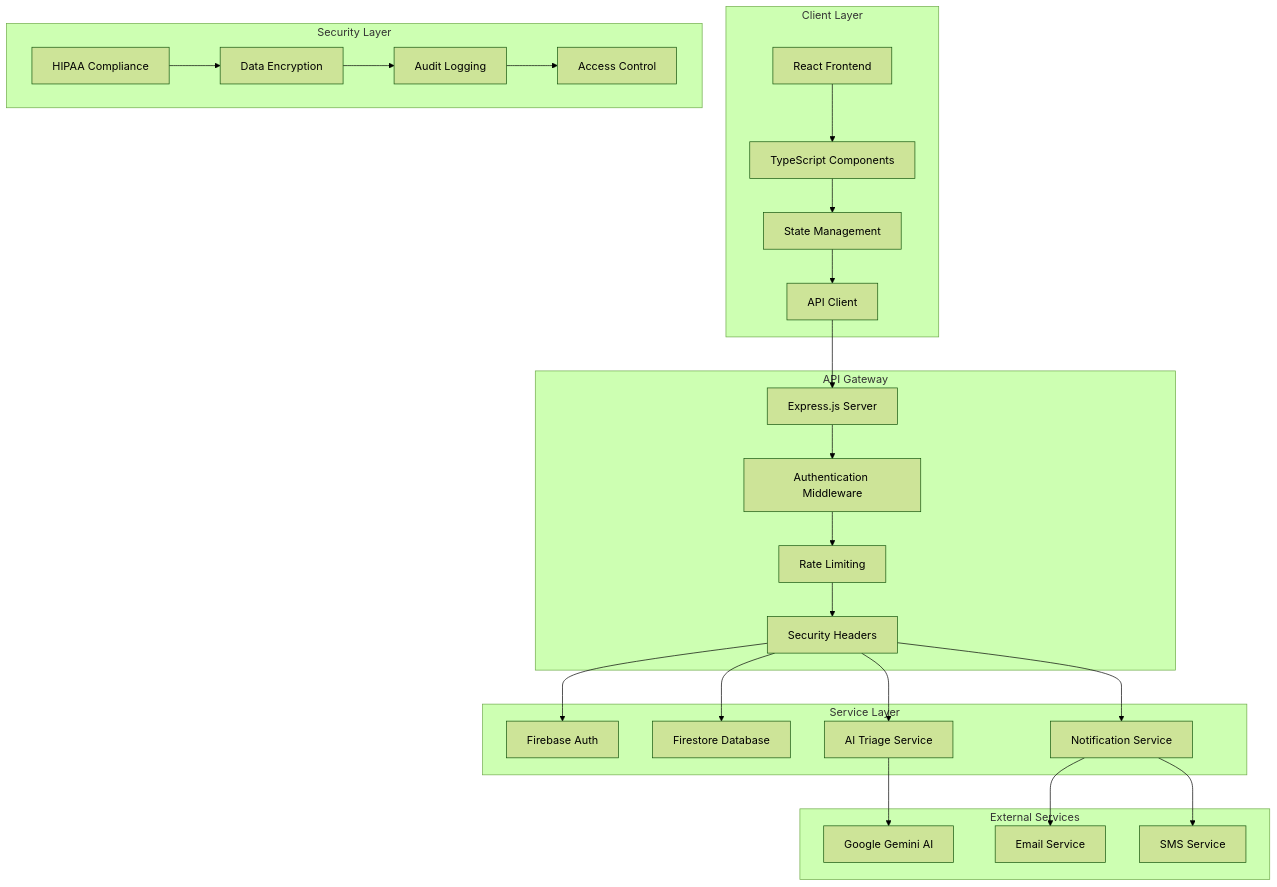
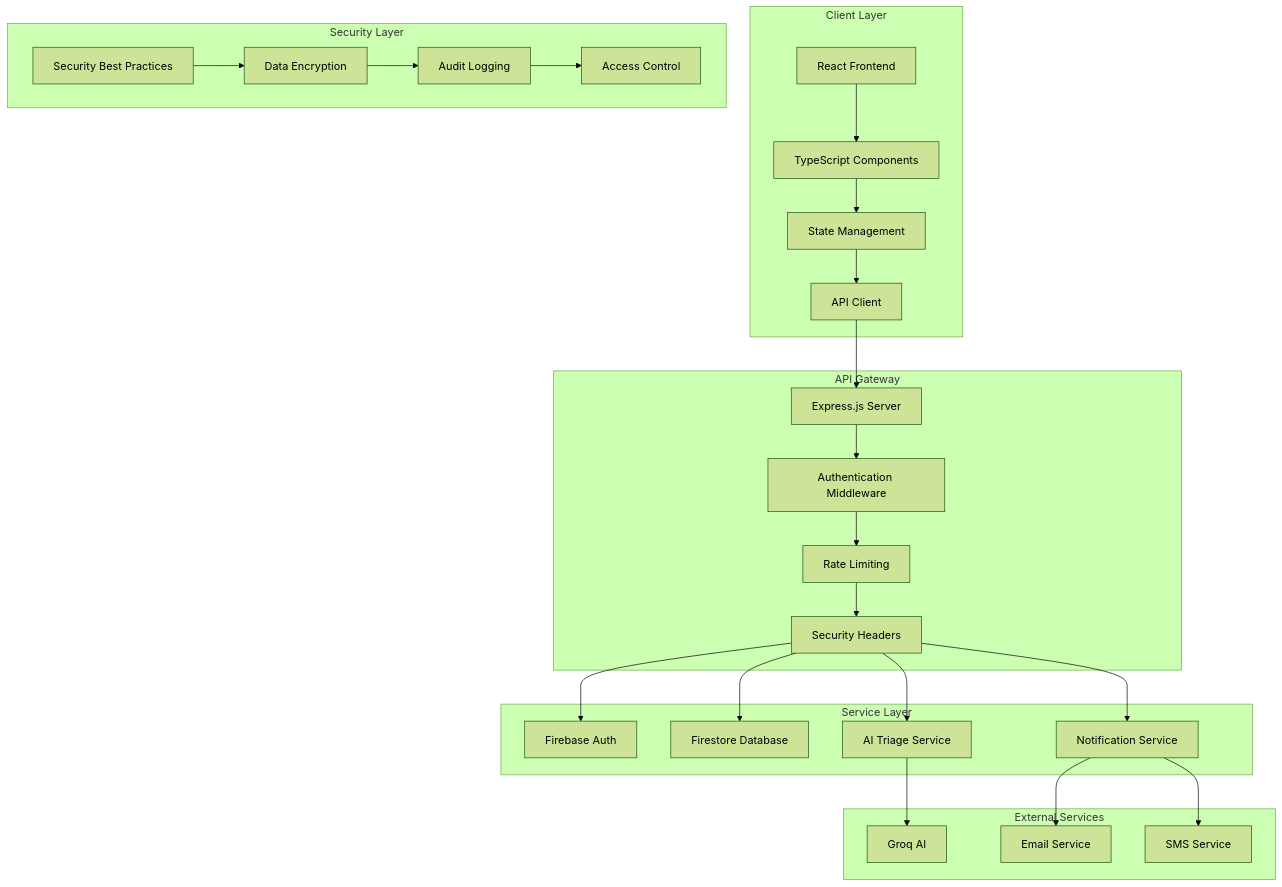
The diagram in README.md (adr1el-m/carmen-the-parasight), drawn with Mermaid (forest theme) before and after one commit. The commit also changed other lines of this file and 107 other files, not shown here.

````diff
--- a/README.md
+++ b/README.md
@@ -206,34 +205,34 @@
 ```mermaid
 graph TB
     subgraph "Client Layer"
         A[React Frontend] --> B[TypeScript Components]
         B --> C[State Management]
         C --> D[API Client]
     end
     
     subgraph "API Gateway"
         D --> E[Express.js Server]
         E --> F[Authentication Middleware]
         F --> G[Rate Limiting]
         G --> H[Security Headers]
     end
     
     subgraph "Service Layer"
         H --> I[Firebase Auth]
         H --> J[Firestore Database]
         H --> K[AI Triage Service]
         H --> L[Notification Service]
     end
     
     subgraph "External Services"
-        K --> M[Google Gemini AI]
+        K --> M[Groq AI]
         L --> N[Email Service]
         L --> O[SMS Service]
     end
     
     subgraph "Security Layer"
-        P[HIPAA Compliance] --> Q[Data Encryption]
+        P[Security Best Practices] --> Q[Data Encryption]
         Q --> R[Audit Logging]
         R --> S[Access Control]
     end
 ```
````
